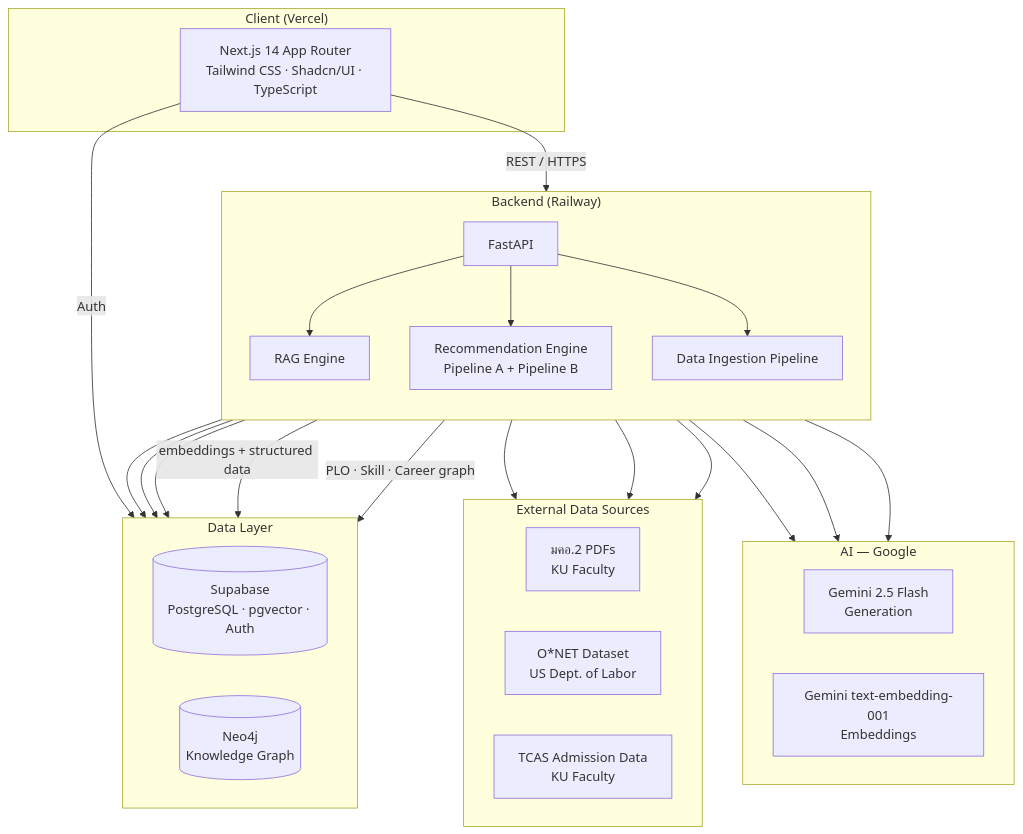
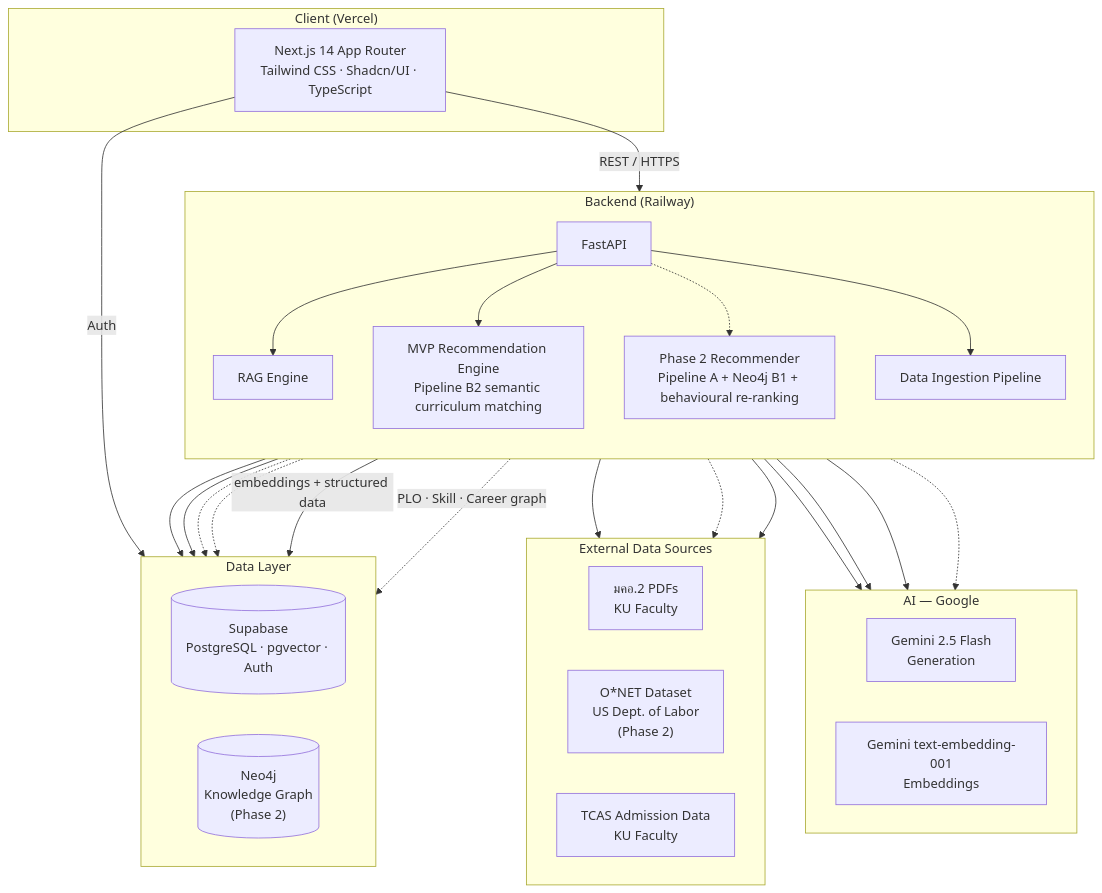
The first of 7 diagrams in DIAGRAMS.md (tarothanawat/SRS-KUru), drawn with Mermaid before and after one commit. The commit also changed other lines of this file and 29 other files, not shown here.

````diff
--- a/DIAGRAMS.md
+++ b/DIAGRAMS.md
@@ -12,53 +12,57 @@
 ```mermaid
 flowchart TD
     subgraph CLIENT["Client (Vercel)"]
         FE["Next.js 14 App Router<br/>Tailwind CSS · Shadcn/UI · TypeScript"]
     end
 
     subgraph BACKEND["Backend (Railway)"]
         direction TB
         API["FastAPI"]
         RAG["RAG Engine"]
-        REC["Recommendation Engine<br/>Pipeline A + Pipeline B"]
+        REC["MVP Recommendation Engine<br/>Pipeline B2 semantic curriculum matching"]
+        FUTURE_REC["Phase 2 Recommender<br/>Pipeline A + Neo4j B1 + behavioural re-ranking"]
         ING["Data Ingestion Pipeline"]
         API --> RAG
         API --> REC
+        API -.-> FUTURE_REC
         API --> ING
     end
 
     subgraph DATA["Data Layer"]
         direction LR
         SUP[("Supabase<br/>PostgreSQL · pgvector · Auth")]
-        NEO[("Neo4j<br/>Knowledge Graph")]
+        NEO[("Neo4j<br/>Knowledge Graph<br/>(Phase 2)")]
     end
 
     subgraph AI_LAYER["AI — Google"]
         direction LR
         GEN["Gemini 2.5 Flash<br/>Generation"]
         EMB["Gemini text-embedding-001<br/>Embeddings"]
     end
 
     subgraph SOURCES["External Data Sources"]
         direction LR
         PDF["มคอ.2 PDFs<br/>KU Faculty"]
-        ONET["O*NET Dataset<br/>US Dept. of Labor"]
+        ONET["O*NET Dataset<br/>US Dept. of Labor<br/>(Phase 2)"]
         TCAS["TCAS Admission Data<br/>KU Faculty"]
     end
 
     FE -->|"REST / HTTPS"| API
     FE -->|"Auth"| SUP
 
     RAG --> SUP
     RAG --> GEN
     RAG --> EMB
 
     REC --> SUP
-    REC --> NEO
     REC --> GEN
+    FUTURE_REC -.-> SUP
+    FUTURE_REC -.-> NEO
+    FUTURE_REC -.-> GEN
 
     ING --> PDF
-    ING --> ONET
+    ING -.-> ONET
     ING --> TCAS
     ING -->|"embeddings + structured data"| SUP
-    ING -->|"PLO · Skill · Career graph"| NEO
+    ING -.->|"PLO · Skill · Career graph"| NEO
 ```
````
